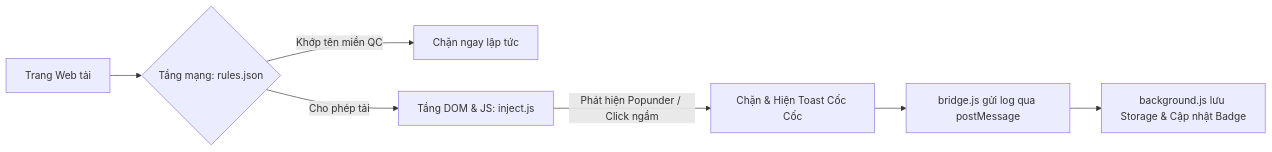
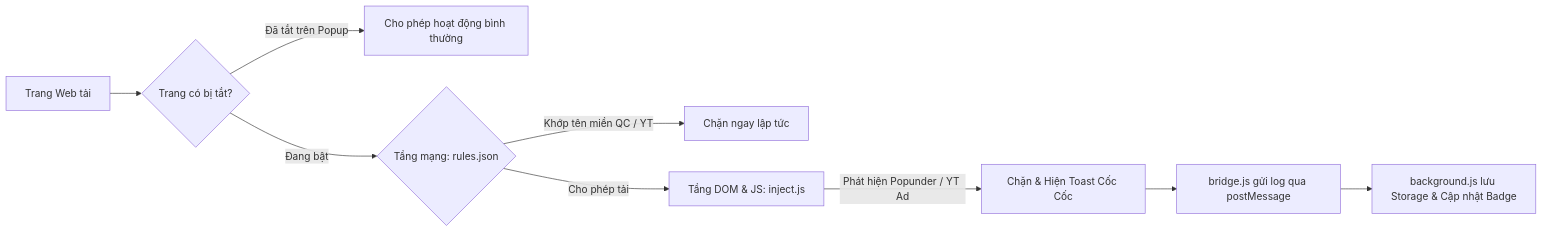
One commit to xTer-Inc/AdBlocker changed the diagram in README.md. Above: the diagram before and after it, drawn with Mermaid. The commit also changed other lines of this file, not shown here.

````diff
--- a/README.md
+++ b/README.md
@@ -58,9 +66,11 @@
 ```mermaid
 graph LR
-    A[Trang Web tải] --> B{Tầng mạng: rules.json}
-    B -- Khớp tên miền QC --> C[Chặn ngay lập tức]
-    B -- Cho phép tải --> D[Tầng DOM & JS: inject.js]
-    D -- Phát hiện Popunder / Click ngầm --> E[Chặn & Hiện Toast Cốc Cốc]
-    E --> F[bridge.js gửi log qua postMessage]
-    F --> G[background.js lưu Storage & Cập nhật Badge]
+    A[Trang Web tải] --> B{Trang có bị tắt?}
+    B -- Đã tắt trên Popup --> C[Cho phép hoạt động bình thường]
+    B -- Đang bật --> D{Tầng mạng: rules.json}
+    D -- Khớp tên miền QC / YT --> E[Chặn ngay lập tức]
+    D -- Cho phép tải --> F[Tầng DOM & JS: inject.js]
+    F -- Phát hiện Popunder / YT Ad --> G[Chặn & Hiện Toast Cốc Cốc]
+    G --> H[bridge.js gửi log qua postMessage]
+    H --> I[background.js lưu Storage & Cập nhật Badge]
 ```
````
